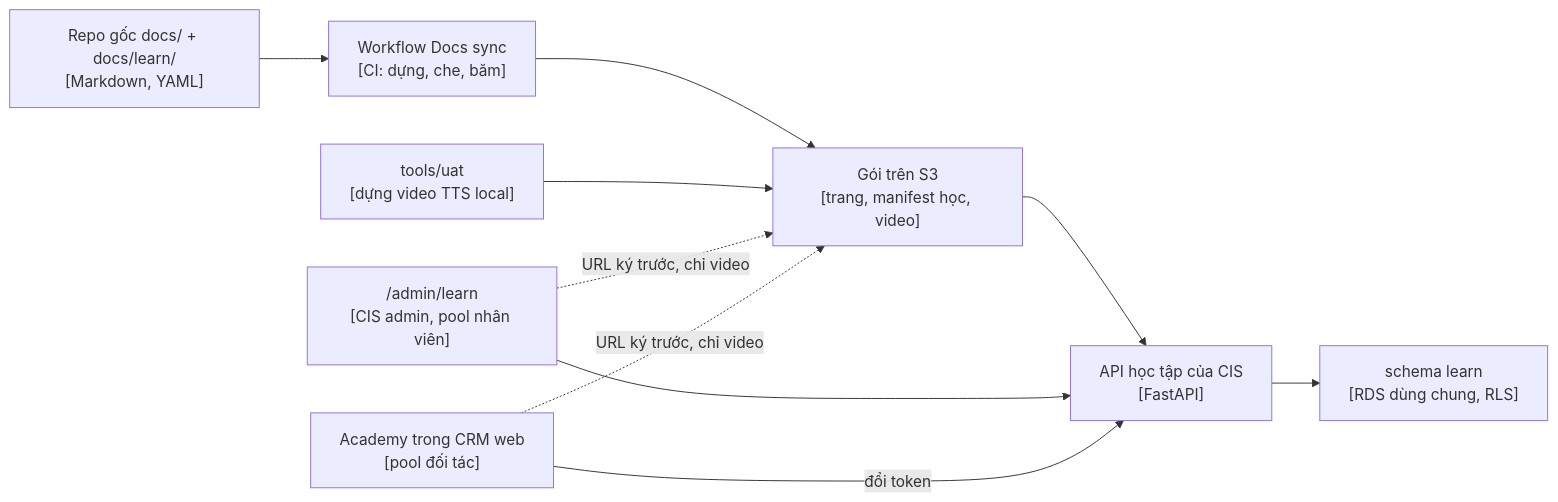
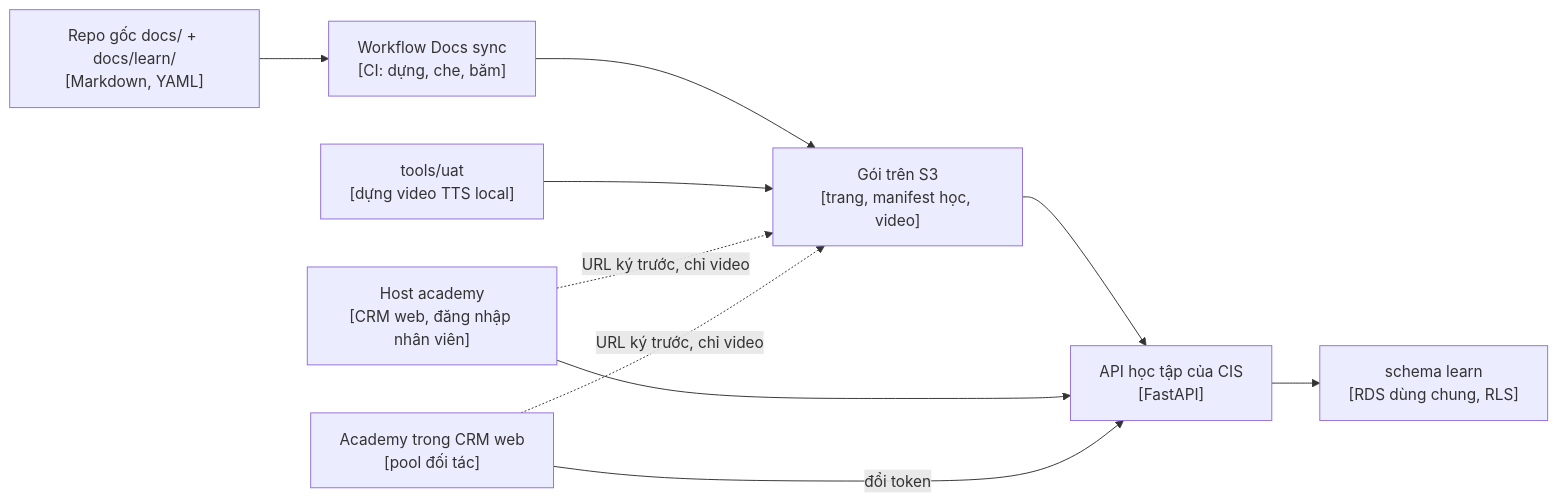
The second of 2 diagrams in docs/research/lms/README.vi.md (AdventureAsia365-Ecosys/AA-Ecosys), drawn with Mermaid before and after one commit. The commit also changed other lines of this file and 28 other files, not shown here.

First line of the commit message:
docs: AA Academy learn schema design, retention rows, learning API contract and ADR 0022

````diff
--- a/docs/research/lms/README.vi.md
+++ b/docs/research/lms/README.vi.md
@@ -518,18 +519,18 @@
 ```mermaid
 flowchart LR
   repo["Repo gốc docs/ + docs/learn/<br/>[Markdown, YAML]"]
   sync["Workflow Docs sync<br/>[CI: dựng, che, băm]"]
   s3["Gói trên S3<br/>[trang, manifest học, video]"]
   api["API học tập của CIS<br/>[FastAPI]"]
   db["schema learn<br/>[RDS dùng chung, RLS]"]
-  staff["/admin/learn<br/>[CIS admin, pool nhân viên]"]
+  staff["Host academy<br/>[CRM web, đăng nhập nhân viên]"]
   agency["Academy trong CRM web<br/>[pool đối tác]"]
   uat["tools/uat<br/>[dựng video TTS local]"]
   repo --> sync --> s3 --> api
   uat --> s3
   api --> db
   staff -.->|"URL ký trước, chỉ video"| s3
   agency -.->|"URL ký trước, chỉ video"| s3
   staff --> api
   agency -->|"đổi token"| api
 ```
````
